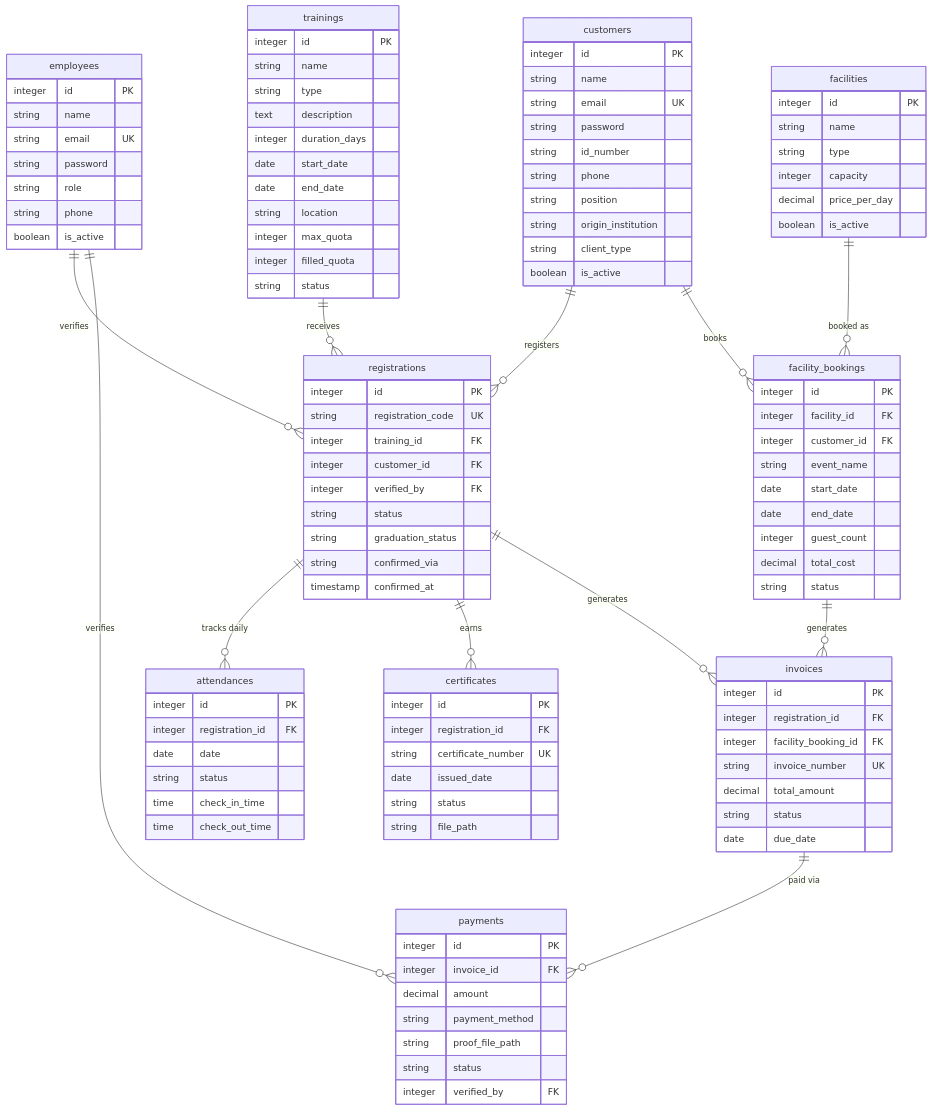
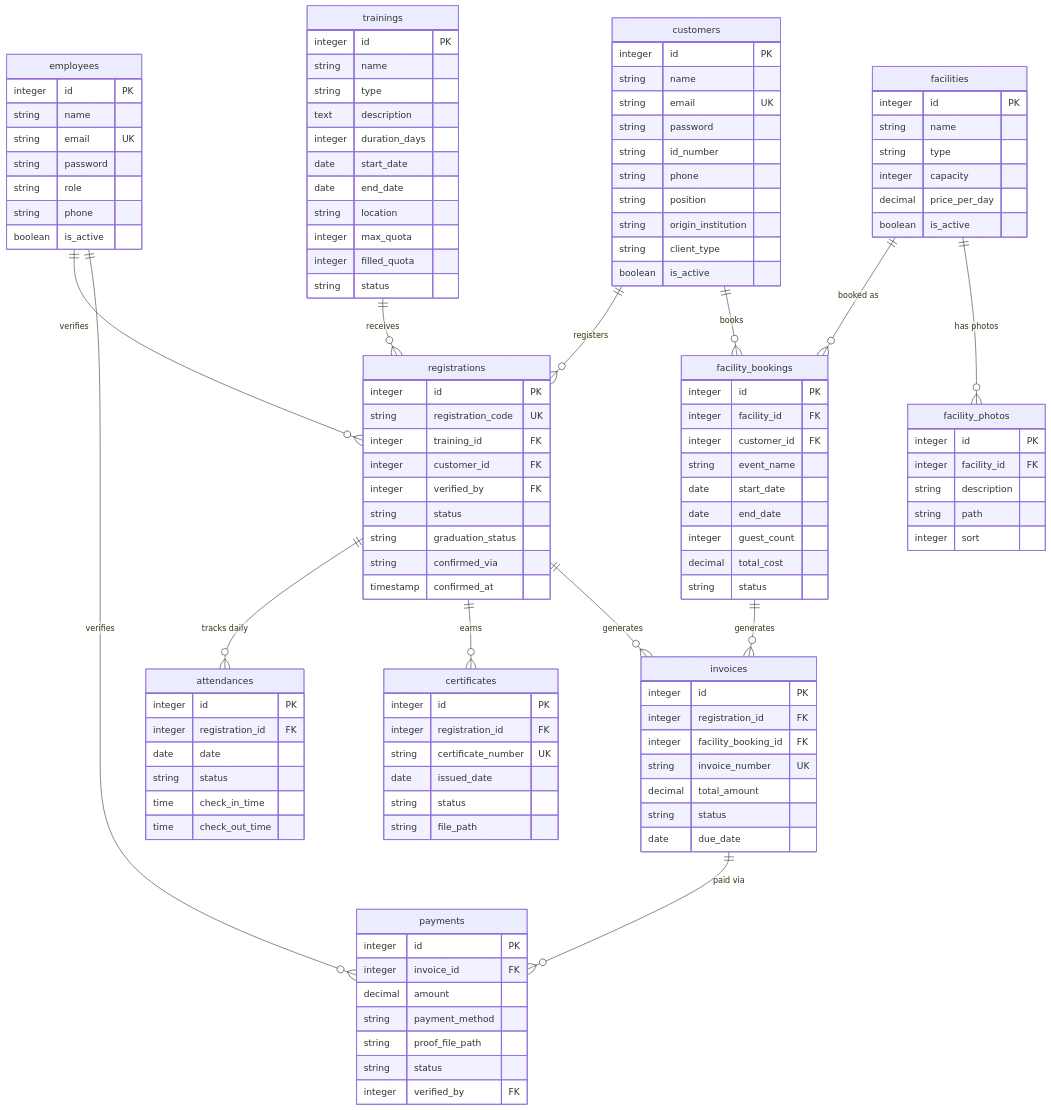
Before and after one commit to putraaoxl-svg/layanan_publik: the diagram in implementation_plan.md, drawn with Mermaid. The commit also changed other lines of this file and 52 other files, not shown here.

```diff
--- a/implementation_plan.md
+++ b/implementation_plan.md
@@ -63,6 +63,7 @@
     facility_bookings ||--o{ invoices : "generates"
     invoices ||--o{ payments : "paid via"
     facilities ||--o{ facility_bookings : "booked as"
+    facilities ||--o{ facility_photos : "has photos"
 
     employees {
         integer id PK
@@ -160,6 +161,14 @@
         boolean is_active
     }
 
+    facility_photos {
+        integer id PK
+        integer facility_id FK
+        string description
+        string path
+        integer sort
+    }
+
     facility_bookings {
         integer id PK
         integer facility_id FK
```
